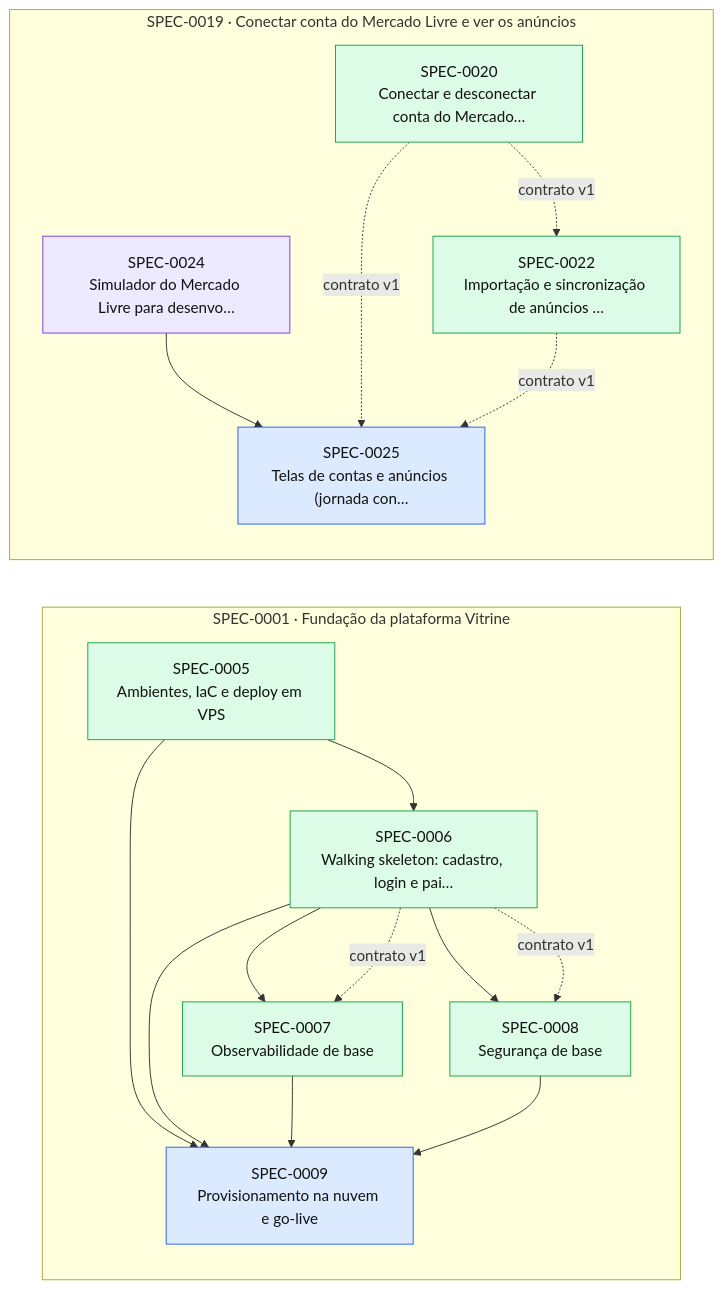
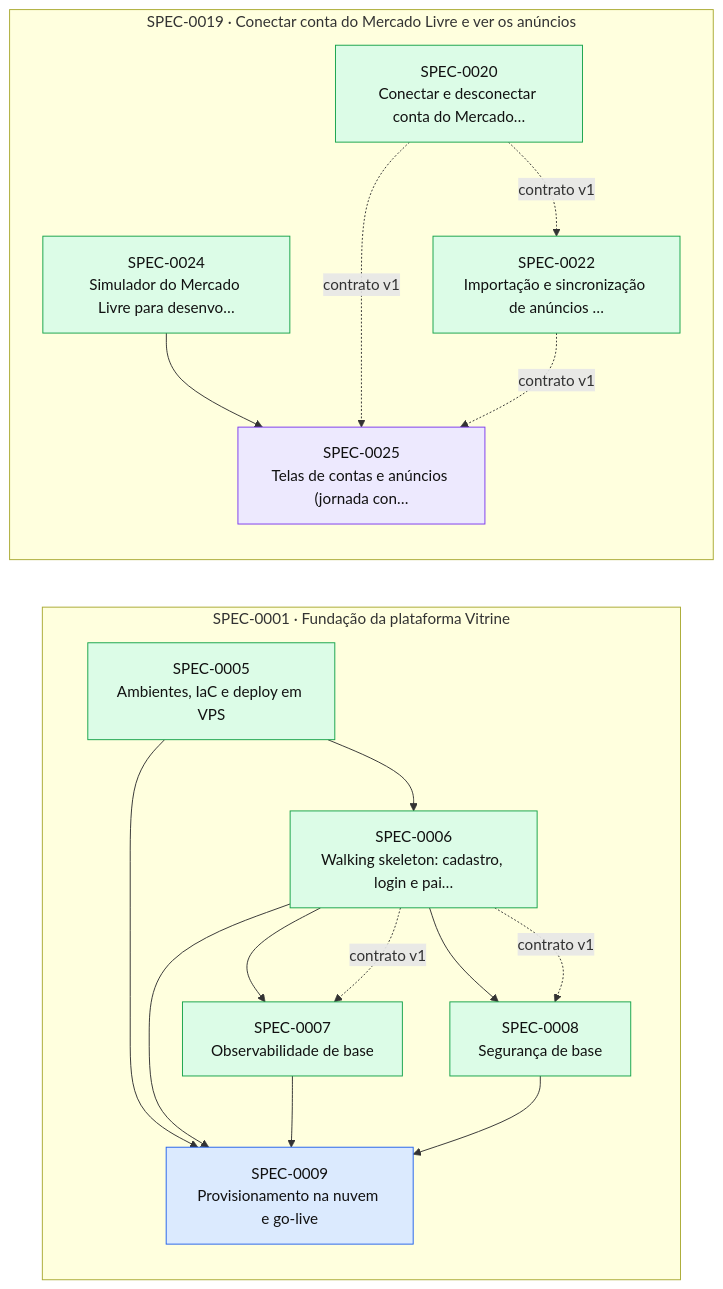
Before and after one commit to thomasravache/vitrine: the diagram in docs/specs/INDEX.md, drawn with Mermaid. The commit also changed other lines of this file and 2 other files, not shown here.

First line of the commit message:
docs(specs): SPEC-0024 implementada; despacha a SPEC-0025

````diff
--- a/docs/specs/INDEX.md
+++ b/docs/specs/INDEX.md
@@ -60,34 +59,34 @@
 ```mermaid
 flowchart LR
   subgraph E0001["SPEC-0001 · Fundação da plataforma Vitrine"]
     S0005["SPEC-0005<br/>Ambientes, IaC e deploy em VPS"]:::implemented
     S0006["SPEC-0006<br/>Walking skeleton: cadastro, login e pai…"]:::implemented
     S0007["SPEC-0007<br/>Observabilidade de base"]:::implemented
     S0008["SPEC-0008<br/>Segurança de base"]:::implemented
     S0009["SPEC-0009<br/>Provisionamento na nuvem e go-live"]:::approved
   end
   subgraph E0019["SPEC-0019 · Conectar conta do Mercado Livre e ver os anúncios"]
     S0020["SPEC-0020<br/>Conectar e desconectar conta do Mercado…"]:::implemented
     S0022["SPEC-0022<br/>Importação e sincronização de anúncios …"]:::implemented
-    S0024["SPEC-0024<br/>Simulador do Mercado Livre para desenvo…"]:::inprogress
-    S0025["SPEC-0025<br/>Telas de contas e anúncios (jornada con…"]:::approved
+    S0024["SPEC-0024<br/>Simulador do Mercado Livre para desenvo…"]:::implemented
+    S0025["SPEC-0025<br/>Telas de contas e anúncios (jornada con…"]:::inprogress
   end
   S0005 --> S0006
   S0006 --> S0007
   S0006 -. contrato v1 .-> S0007
   S0006 --> S0008
   S0006 -. contrato v1 .-> S0008
   S0005 --> S0009
   S0006 --> S0009
   S0007 --> S0009
   S0008 --> S0009
   S0020 -. contrato v1 .-> S0022
   S0024 --> S0025
   S0020 -. contrato v1 .-> S0025
   S0022 -. contrato v1 .-> S0025
   classDef proposed fill:#fef3c7,stroke:#d97706,color:#111
   classDef approved fill:#dbeafe,stroke:#2563eb,color:#111
   classDef inprogress fill:#ede9fe,stroke:#7c3aed,color:#111
   classDef implemented fill:#dcfce7,stroke:#16a34a,color:#111
   classDef deprecated fill:#f3f4f6,stroke:#9ca3af,color:#6b7280
 ```
````
